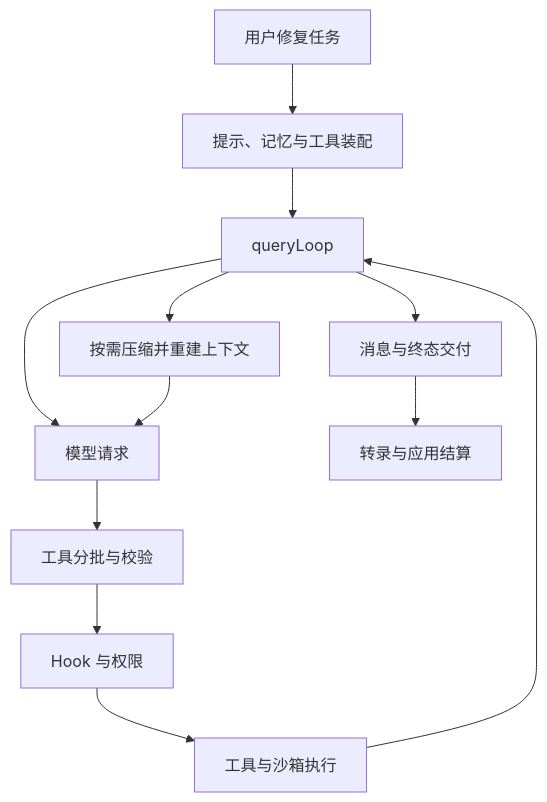
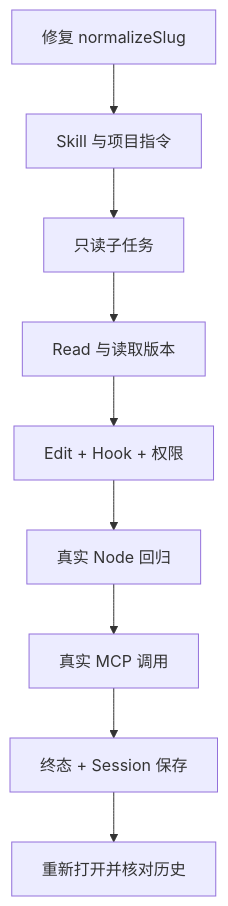
Before and after one commit to Jialei-03/learn-claude-code: the diagram in course/13-synthesis.md, drawn with Mermaid. The commit also changed other lines of this file and 68 other files, not shown here.

````diff
--- a/course/13-synthesis.md
+++ b/course/13-synthesis.md
@@ -47,14 +40,11 @@
 ```mermaid
 flowchart TD
-  U[用户修复任务] --> P[提示、记忆与工具装配]
-  P --> Q[queryLoop]
-  Q --> M[模型请求]
-  M --> T[工具分批与校验]
-  T --> H[Hook 与权限]
-  H --> X[工具与沙箱执行]
-  X --> Q
-  Q --> C[按需压缩并重建上下文]
-  C --> M
-  Q --> O[消息与终态交付]
-  O --> S[转录与应用结算]
+  U[修复 normalizeSlug] --> S[Skill 与项目指令]
+  S --> A[只读子任务]
+  A --> R[Read 与读取版本]
+  R --> E[Edit + Hook + 权限]
+  E --> T[真实 Node 回归]
+  T --> M[真实 MCP 调用]
+  M --> H[终态 + Session 保存]
+  H --> O[重新打开并核对历史]
 ```
````
